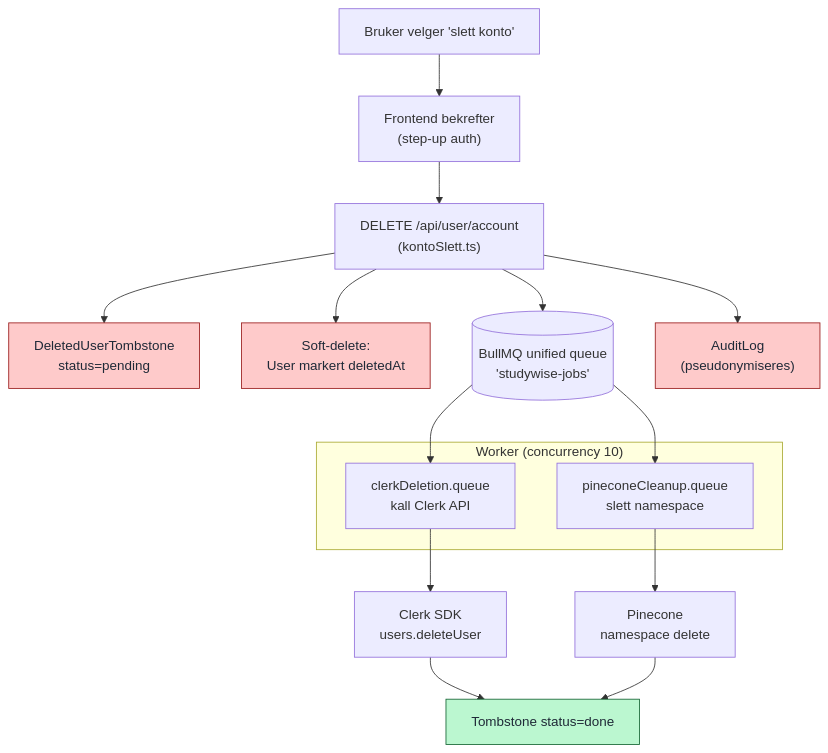
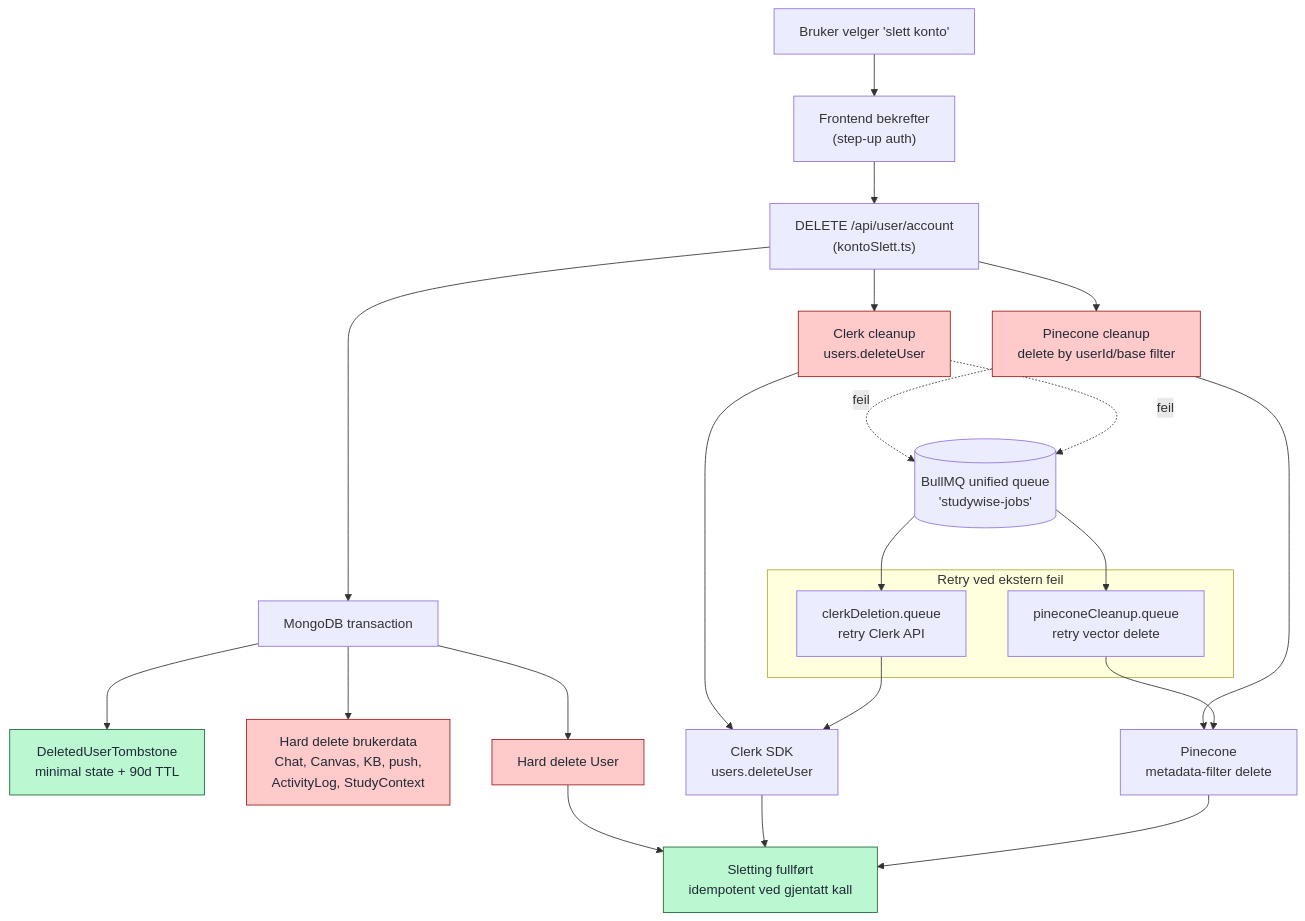
Before and after one commit to 26zl/StudyWise: the diagram in filer_prosjekt/diagrammer/09-bruker-sletting.md, drawn with Mermaid. The commit also changed other lines of this file and 67 other files, not shown here.

Commit message:
Mitigert for supply chain attacks og oppdatert diagrammer.

````diff
--- a/filer_prosjekt/diagrammer/09-bruker-sletting.md
+++ b/filer_prosjekt/diagrammer/09-bruker-sletting.md
@@ -5,39 +5,46 @@
 ```mermaid
 flowchart TB
     U["Bruker velger 'slett konto'"]
     FE["Frontend bekrefter<br/>(step-up auth)"]
     KS["DELETE /api/user/account<br/>(kontoSlett.ts)"]
-    TOMB["DeletedUserTombstone<br/>status=pending"]
-    SOFT["Soft-delete:<br/>User markert deletedAt"]
+    TX["MongoDB transaction"]
+    TOMB["DeletedUserTombstone<br/>minimal state + 90d TTL"]
+    DATA["Hard delete brukerdata<br/>Chat, Canvas, KB, push,<br/>ActivityLog, StudyContext"]
+    USER["Hard delete User"]
+    PINE_SYNC["Pinecone cleanup<br/>delete by userId/base filter"]
+    CLERK_SYNC["Clerk cleanup<br/>users.deleteUser"]
     QUEUE[("BullMQ unified queue<br/>'studywise-jobs'")]
 
-    subgraph Workers["Worker (concurrency 10)"]
-        CLER["clerkDeletion.queue<br/>kall Clerk API"]
-        PINE["pineconeCleanup.queue<br/>slett namespace"]
+    subgraph Retry["Retry ved ekstern feil"]
+        CLER["clerkDeletion.queue<br/>retry Clerk API"]
+        PINE["pineconeCleanup.queue<br/>retry vector delete"]
     end
 
     CLERKAPI["Clerk SDK<br/>users.deleteUser"]
-    PINEAPI["Pinecone<br/>namespace delete"]
-
-    AUD["AuditLog<br/>(pseudonymiseres)"]
-    DONE["Tombstone status=done"]
+    PINEAPI["Pinecone<br/>metadata-filter delete"]
+    DONE["Sletting fullført<br/>idempotent ved gjentatt kall"]
 
     U --> FE --> KS
-    KS --> TOMB
-    KS --> SOFT
-    KS --> QUEUE
-    KS --> AUD
+    KS --> TX
+    TX --> TOMB
+    TX --> DATA
+    TX --> USER
+    KS --> PINE_SYNC --> PINEAPI
+    KS --> CLERK_SYNC --> CLERKAPI
 
+    PINE_SYNC -.feil.-> QUEUE
+    CLERK_SYNC -.feil.-> QUEUE
     QUEUE --> CLER
     QUEUE --> PINE
     CLER --> CLERKAPI
     PINE --> PINEAPI
 
+    USER --> DONE
     CLERKAPI --> DONE
     PINEAPI --> DONE
 
     classDef bad fill:#fecaca,stroke:#991b1b,color:#1f2937
     classDef ok fill:#bbf7d0,stroke:#166534,color:#1f2937
-    class TOMB,SOFT,AUD bad
-    class DONE ok
+    class DATA,USER,PINE_SYNC,CLERK_SYNC bad
+    class TOMB,DONE ok
 ```
````
